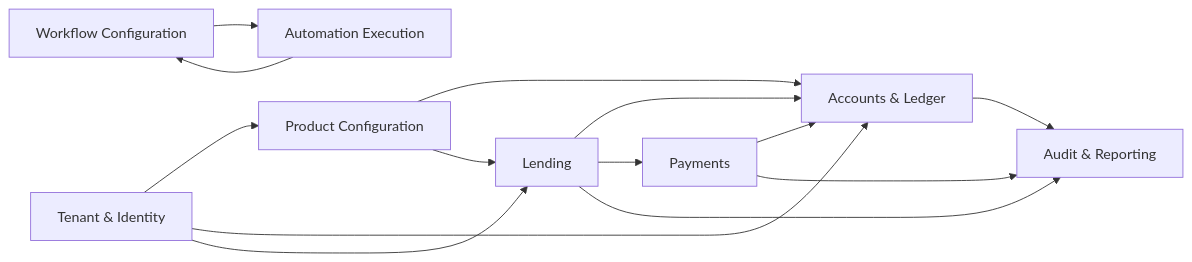
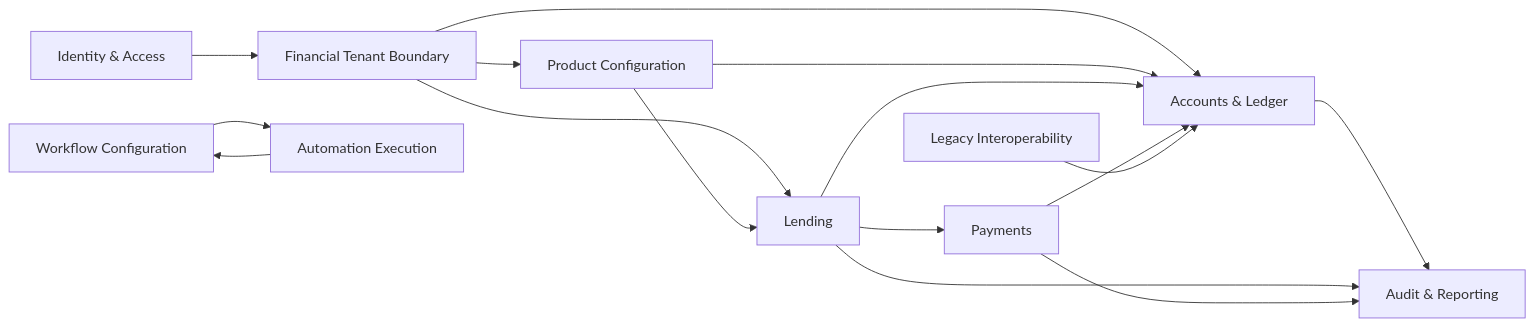
The diagram in docs/architecture/context-map.md (mavulahq/finance-platform), drawn with Mermaid before and after one commit. The commit also changed other lines of this file and 36 other files, not shown here.

````diff
--- a/docs/architecture/context-map.md
+++ b/docs/architecture/context-map.md
@@ -36,16 +38,18 @@
 ```mermaid
 flowchart LR
-    TI["Tenant & Identity"] --> PC["Product Configuration"]
-    TI --> AL["Accounts & Ledger"]
-    TI --> LN["Lending"]
+    IA["Identity & Access"] --> FT["Financial Tenant Boundary"]
+    FT --> PC["Product Configuration"]
+    FT --> AL["Accounts & Ledger"]
+    FT --> LN["Lending"]
     PC --> AL
     PC --> LN
     LN --> AL
     LN --> PY["Payments"]
     PY --> AL
     WC["Workflow Configuration"] --> AE["Automation Execution"]
     AE --> WC
     AL --> AR["Audit & Reporting"]
     LN --> AR
     PY --> AR
+    LI["Legacy Interoperability"] --> AL
 ```
````
